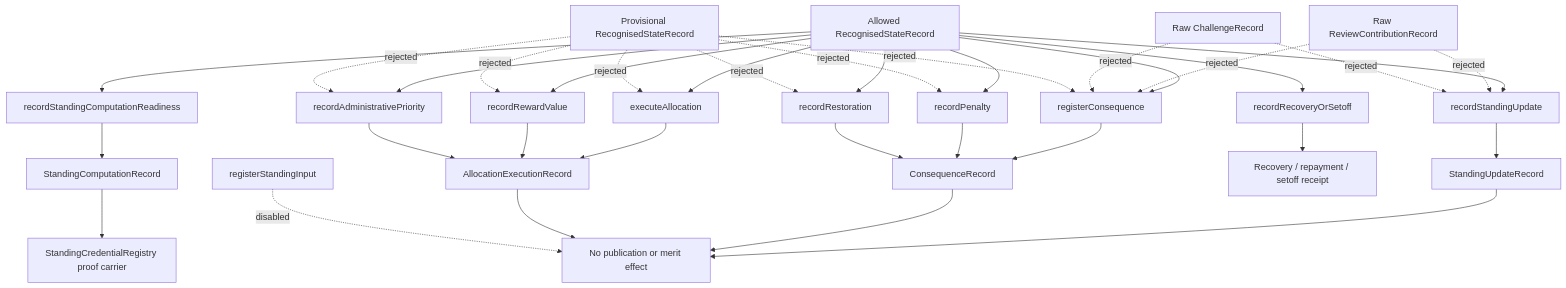
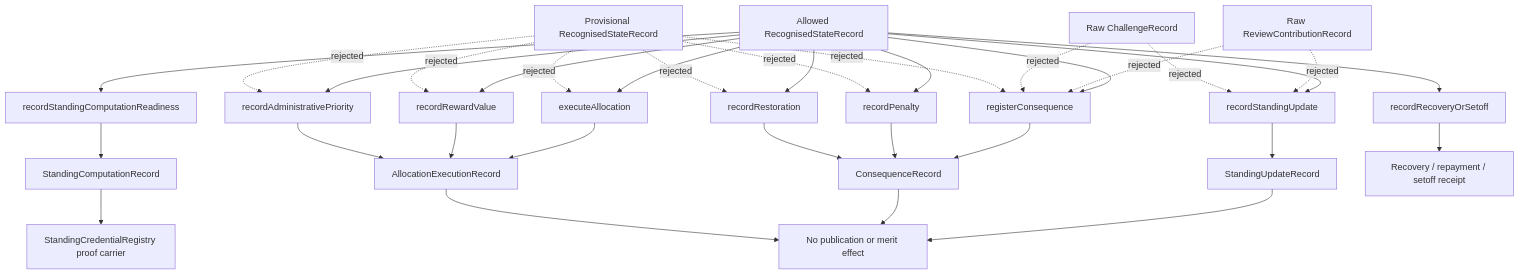
Diagram 11 of 12 in docs/state-machines.md (CyberChun0329/AVA-PeerReview), drawn with Mermaid before and after one commit. The commit also changed other lines of this file and 194 other files, not shown here.

````diff
--- a/docs/state-machines.md
+++ b/docs/state-machines.md
@@ -347,40 +528,39 @@
 ```mermaid
 flowchart TB
     RS["Allowed RecognisedStateRecord"] --> Standing["recordStandingUpdate"]
     RS --> StandingComputation["recordStandingComputationReadiness"]
     RS --> Consequence["registerConsequence"]
     RS --> Allocation["executeAllocation"]
     RS --> Reward["recordRewardValue"]
     RS --> Priority["recordAdministrativePriority"]
     RS --> Penalty["recordPenalty"]
     RS --> Restoration["recordRestoration"]
     RS --> Recovery["recordRecoveryOrSetoff"]
 
     Standing --> StandingRecord["StandingUpdateRecord"]
     StandingComputation --> StandingComputationRecord["StandingComputationRecord"]
     StandingComputationRecord --> Credential["StandingCredentialRegistry proof carrier"]
     Consequence --> ConsequenceRecord["ConsequenceRecord"]
     Allocation --> AllocationRecord["AllocationExecutionRecord"]
     Reward --> AllocationRecord
     Priority --> AllocationRecord
     Penalty --> ConsequenceRecord
     Restoration --> ConsequenceRecord
     Recovery --> SettlementRecord["Recovery / repayment / setoff receipt"]
 
     RawReview["Raw ReviewContributionRecord"] -. rejected .-> Standing
     RawReview -. rejected .-> Consequence
     RawChallenge["Raw ChallengeRecord"] -. rejected .-> Standing
     RawChallenge -. rejected .-> Consequence
     Provisional["Provisional RecognisedStateRecord"] -. rejected .-> Allocation
     Provisional -. rejected .-> Consequence
     Provisional -. rejected .-> Reward
     Provisional -. rejected .-> Priority
     Provisional -. rejected .-> Penalty
     Provisional -. rejected .-> Restoration
 
     StandingRecord --> Boundary["No publication or merit effect"]
     ConsequenceRecord --> Boundary
     AllocationRecord --> Boundary
 
-    LegacyStandingInput["registerStandingInput"] -. disabled .-> Boundary
 ```
````
